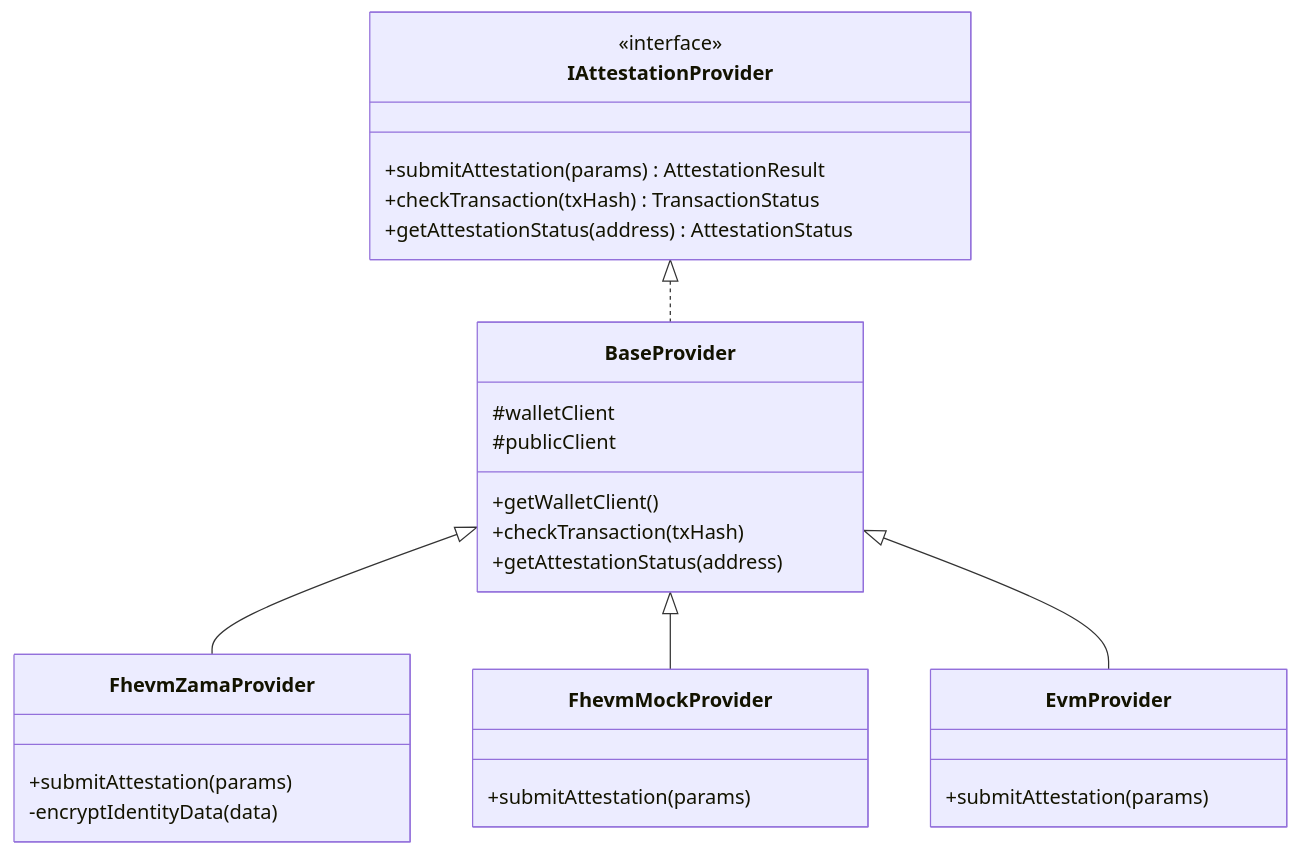
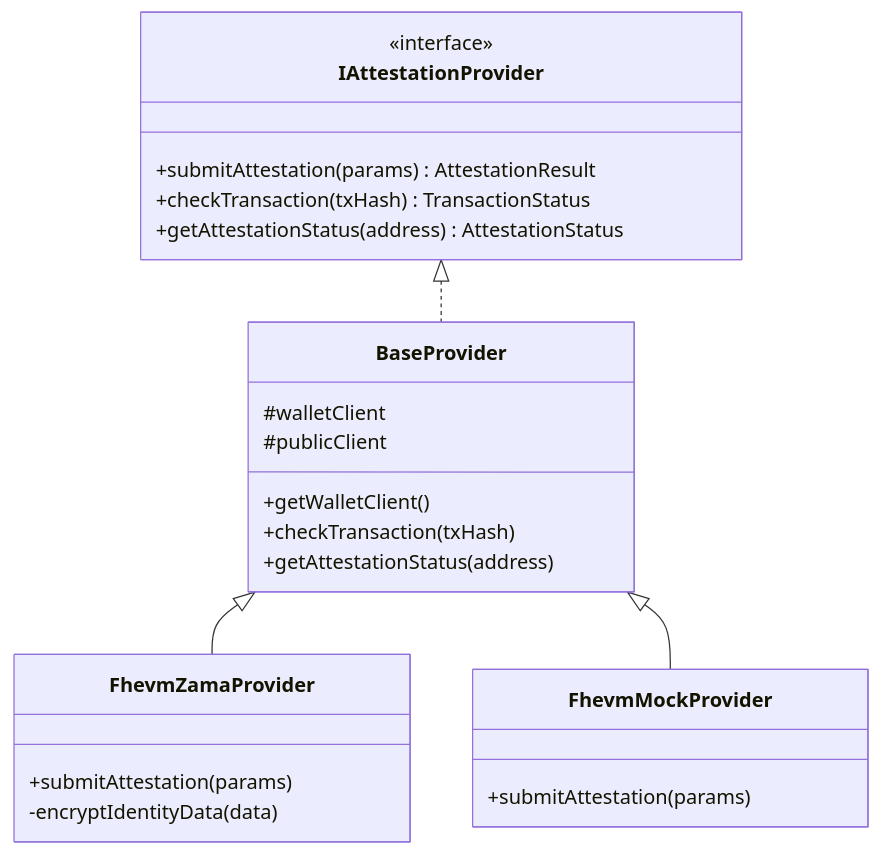
Before and after one commit to gustavovalverde/zentity: the seventh of 11 diagrams in docs/web3-architecture.md, drawn with Mermaid. The commit also changed other lines of this file and 27 other files, not shown here.

````diff
--- a/docs/web3-architecture.md
+++ b/docs/web3-architecture.md
@@ -594,35 +599,30 @@
 ```mermaid
 classDiagram
     class IAttestationProvider {
         <<interface>>
         +submitAttestation(params) AttestationResult
         +checkTransaction(txHash) TransactionStatus
         +getAttestationStatus(address) AttestationStatus
     }
 
     class BaseProvider {
         #walletClient
         #publicClient
         +getWalletClient()
         +checkTransaction(txHash)
         +getAttestationStatus(address)
     }
 
     class FhevmZamaProvider {
         +submitAttestation(params)
         -encryptIdentityData(data)
     }
 
     class FhevmMockProvider {
         +submitAttestation(params)
     }
 
-    class EvmProvider {
-        +submitAttestation(params)
-    }
-
     IAttestationProvider <|.. BaseProvider
     BaseProvider <|-- FhevmZamaProvider
     BaseProvider <|-- FhevmMockProvider
-    BaseProvider <|-- EvmProvider
 ```
````
